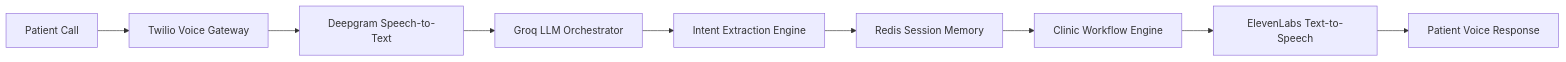
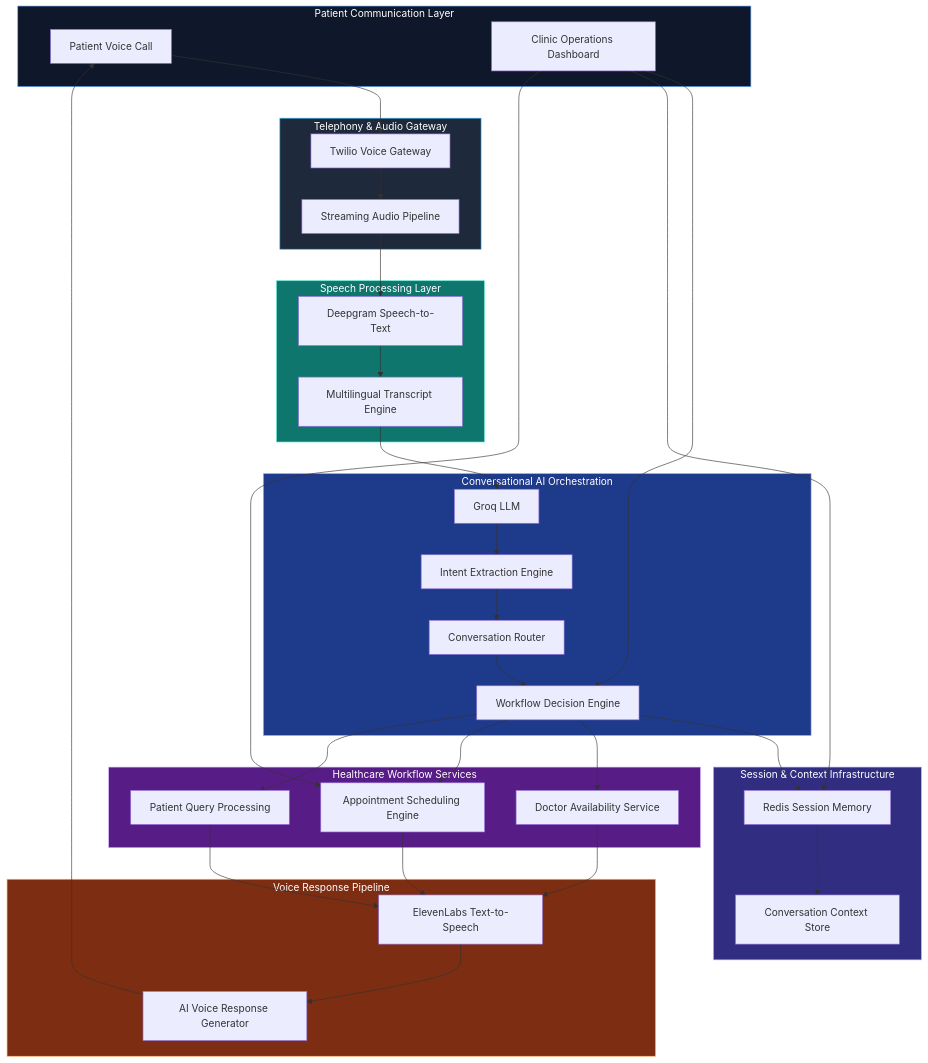
Before and after one commit to Shalmankursheeth/clinivo-ai: the diagram in README.md, drawn with Mermaid. The commit also changed other lines of this file, not shown here.

````diff
--- a/README.md
+++ b/README.md
@@ -29,12 +29,131 @@
 ```mermaid
-flowchart LR
+flowchart TB
 
-A[Patient Call] --> B[Twilio Voice Gateway]
-B --> C[Deepgram Speech-to-Text]
-C --> D[Groq LLM Orchestrator]
-D --> E[Intent Extraction Engine]
-E --> F[Redis Session Memory]
-F --> G[Clinic Workflow Engine]
-G --> H[ElevenLabs Text-to-Speech]
-H --> I[Patient Voice Response]
+%% =========================
+%% CLIENT LAYER
+%% =========================
+
+subgraph CLIENT["Patient Communication Layer"]
+
+A[Patient Voice Call]
+B[Clinic Operations Dashboard]
+
+end
+
+%% =========================
+%% TELEPHONY
+%% =========================
+
+subgraph TELEPHONY["Telephony & Audio Gateway"]
+
+C[Twilio Voice Gateway]
+D[Streaming Audio Pipeline]
+
+end
+
+%% =========================
+%% SPEECH PROCESSING
+%% =========================
+
+subgraph SPEECH["Speech Processing Layer"]
+
+E[Deepgram Speech-to-Text]
+F[Multilingual Transcript Engine]
+
+end
+
+%% =========================
+%% AI ORCHESTRATION
+%% =========================
+
+subgraph AI["Conversational AI Orchestration"]
+
+G[Groq LLM]
+H[Intent Extraction Engine]
+I[Conversation Router]
+J[Workflow Decision Engine]
+
+end
+
+%% =========================
+%% MEMORY
+%% =========================
+
+subgraph MEMORY["Session & Context Infrastructure"]
+
+K[Redis Session Memory]
+L[Conversation Context Store]
+
+end
+
+%% =========================
+%% HEALTHCARE SERVICES
+%% =========================
+
+subgraph SERVICES["Healthcare Workflow Services"]
+
+M[Doctor Availability Service]
+N[Appointment Scheduling Engine]
+O[Patient Query Processing]
+
+end
+
+%% =========================
+%% RESPONSE PIPELINE
+%% =========================
+
+subgraph RESPONSE["Voice Response Pipeline"]
+
+P[ElevenLabs Text-to-Speech]
+Q[AI Voice Response Generator]
+
+end
+
+%% =========================
+%% FLOW CONNECTIONS
+%% =========================
+
+A --> C
+C --> D
+D --> E
+E --> F
+F --> G
+
+G --> H
+H --> I
+I --> J
+
+J --> K
+K --> L
+
+J --> M
+J --> N
+J --> O
+
+M --> P
+N --> P
+O --> P
+
+P --> Q
+Q --> A
+
+%% =========================
+%% DASHBOARD CONNECTIONS
+%% =========================
+
+B --> J
+B --> K
+B --> N
+
+%% =========================
+%% STYLING
+%% =========================
+
+style CLIENT fill:#0f172a,stroke:#60a5fa,color:#ffffff
+style TELEPHONY fill:#1e293b,stroke:#38bdf8,color:#ffffff
+style SPEECH fill:#0f766e,stroke:#5eead4,color:#ffffff
+style AI fill:#1e3a8a,stroke:#93c5fd,color:#ffffff
+style MEMORY fill:#312e81,stroke:#a5b4fc,color:#ffffff
+style SERVICES fill:#581c87,stroke:#d8b4fe,color:#ffffff
+style RESPONSE fill:#7c2d12,stroke:#fdba74,color:#ffffff
 ```
````
